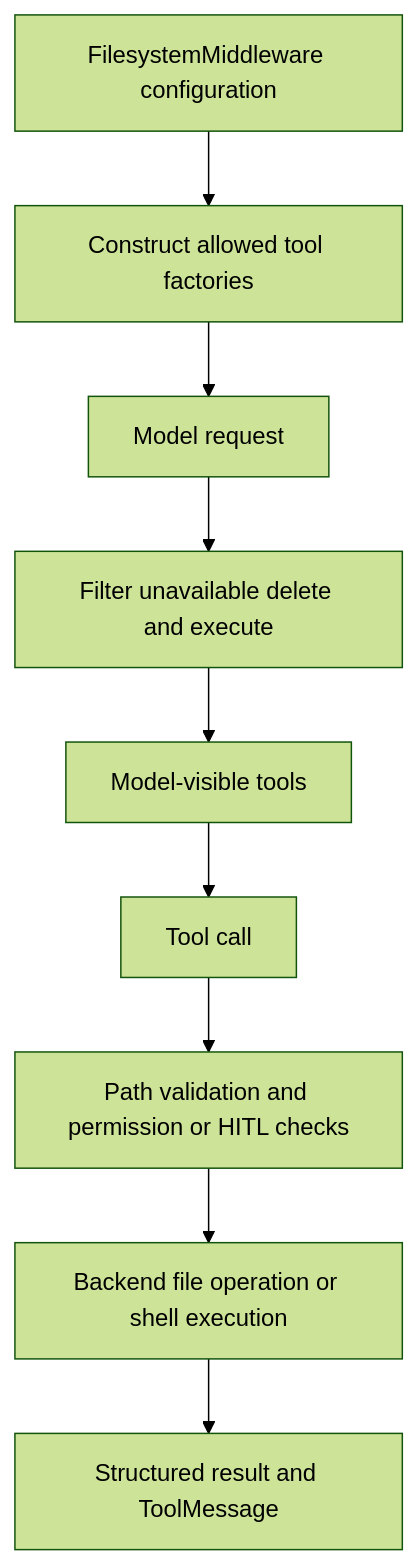
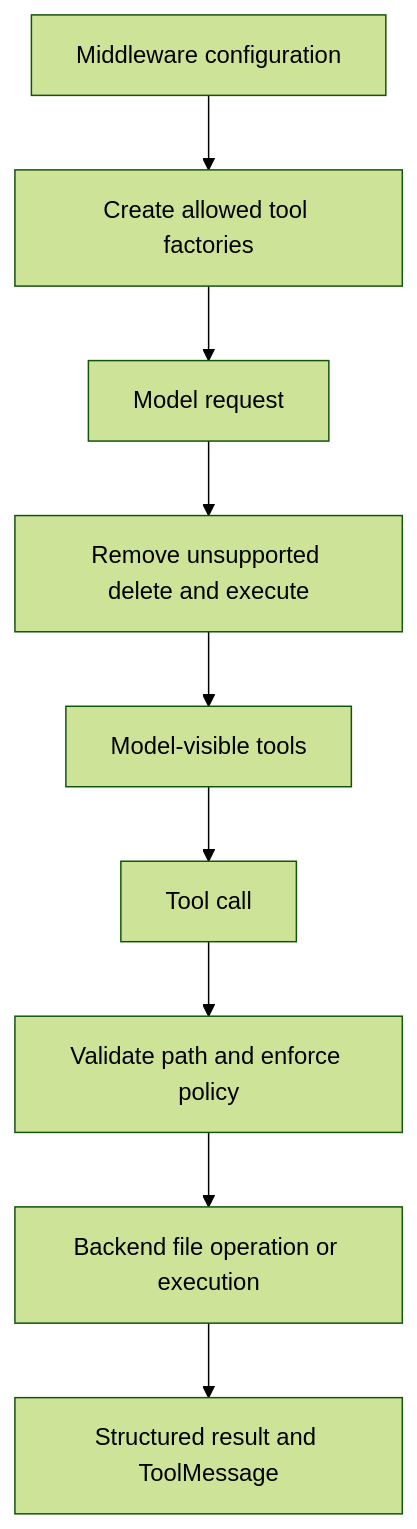
Before and after one commit to langchain-ai/deepagents: the first of 3 diagrams in openwiki/concepts/tools-filesystem.md, drawn with Mermaid (forest theme). The commit also changed other lines of this file and 44 other files, not shown here.

````diff
--- a/openwiki/concepts/tools-filesystem.md
+++ b/openwiki/concepts/tools-filesystem.md
@@ -41,11 +45,11 @@
 ```mermaid
 flowchart TD
-    Config["FilesystemMiddleware configuration"] --> Factories["Construct allowed tool factories"]
+    Config["Middleware configuration"] --> Factories["Create allowed tool factories"]
     Factories --> Request["Model request"]
-    Request --> Capability["Filter unavailable delete and execute"]
+    Request --> Capability["Remove unsupported delete and execute"]
     Capability --> Model["Model-visible tools"]
     Model --> Call["Tool call"]
-    Call --> Policy["Path validation and permission or HITL checks"]
-    Policy --> Backend["Backend file operation or shell execution"]
+    Call --> Guard["Validate path and enforce policy"]
+    Guard --> Backend["Backend file operation or execution"]
     Backend --> Result["Structured result and ToolMessage"]
 ```
````
